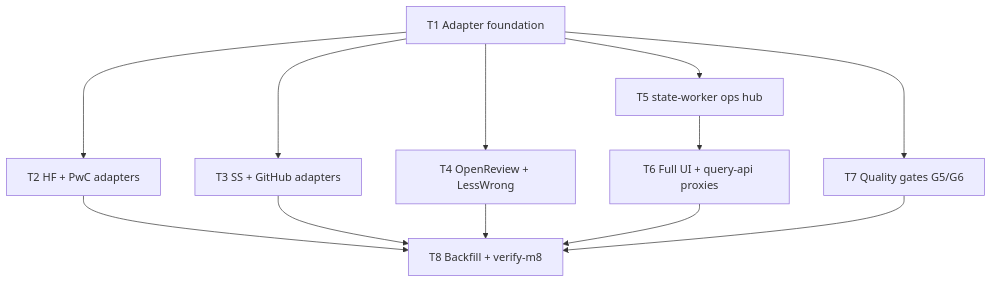
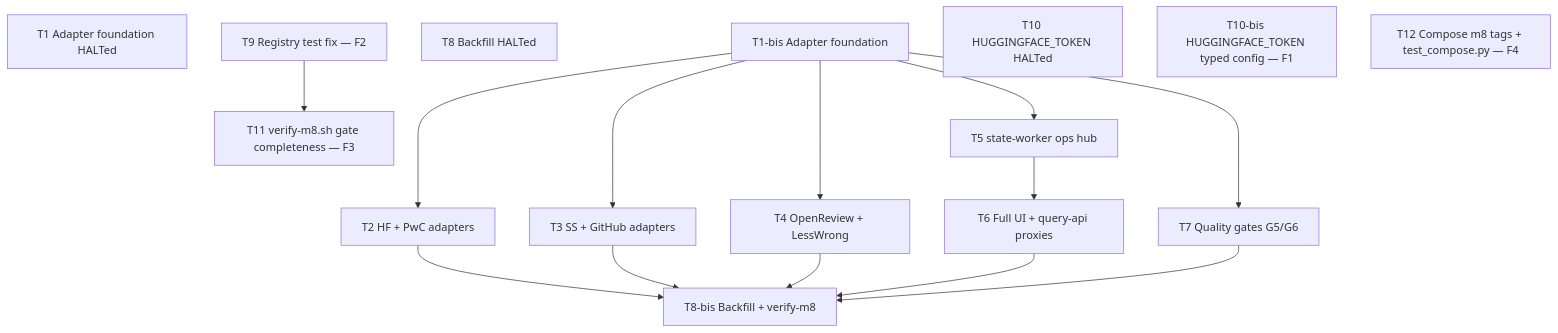
Before and after one commit to naaas94/BISHOP: the diagram in .dev/plans/m8-hardening-scale/plan.md, drawn with Mermaid. The commit also changed other lines of this file and 32 other files, not shown here.

````diff
--- a/.dev/plans/m8-hardening-scale/plan.md
+++ b/.dev/plans/m8-hardening-scale/plan.md
@@ -157,23 +207,31 @@
 ```mermaid
 graph TD
-    T1[T1 Adapter foundation]
+    T1[T1 Adapter foundation HALTed]
+    T1bis[T1-bis Adapter foundation]
     T2[T2 HF + PwC adapters]
     T3[T3 SS + GitHub adapters]
     T4[T4 OpenReview + LessWrong]
     T5[T5 state-worker ops hub]
     T6[T6 Full UI + query-api proxies]
     T7[T7 Quality gates G5/G6]
-    T8[T8 Backfill + verify-m8]
+    T8[T8 Backfill HALTed]
+    T8bis[T8-bis Backfill + verify-m8]
+    T9[T9 Registry test fix — F2]
+    T10[T10 HUGGINGFACE_TOKEN HALTed]
+    T10bis[T10-bis HUGGINGFACE_TOKEN typed config — F1]
+    T11[T11 verify-m8.sh gate completeness — F3]
+    T12[T12 Compose m8 tags + test_compose.py — F4]
 
-    T1 --> T2
-    T1 --> T3
-    T1 --> T4
-    T1 --> T5
-    T1 --> T7
-    T2 --> T8
-    T3 --> T8
-    T4 --> T8
+    T1bis --> T2
+    T1bis --> T3
+    T1bis --> T4
+    T1bis --> T5
+    T1bis --> T7
+    T2 --> T8bis
+    T3 --> T8bis
+    T4 --> T8bis
     T5 --> T6
-    T6 --> T8
-    T7 --> T8
+    T6 --> T8bis
+    T7 --> T8bis
+    T9 --> T11
 ```
````
